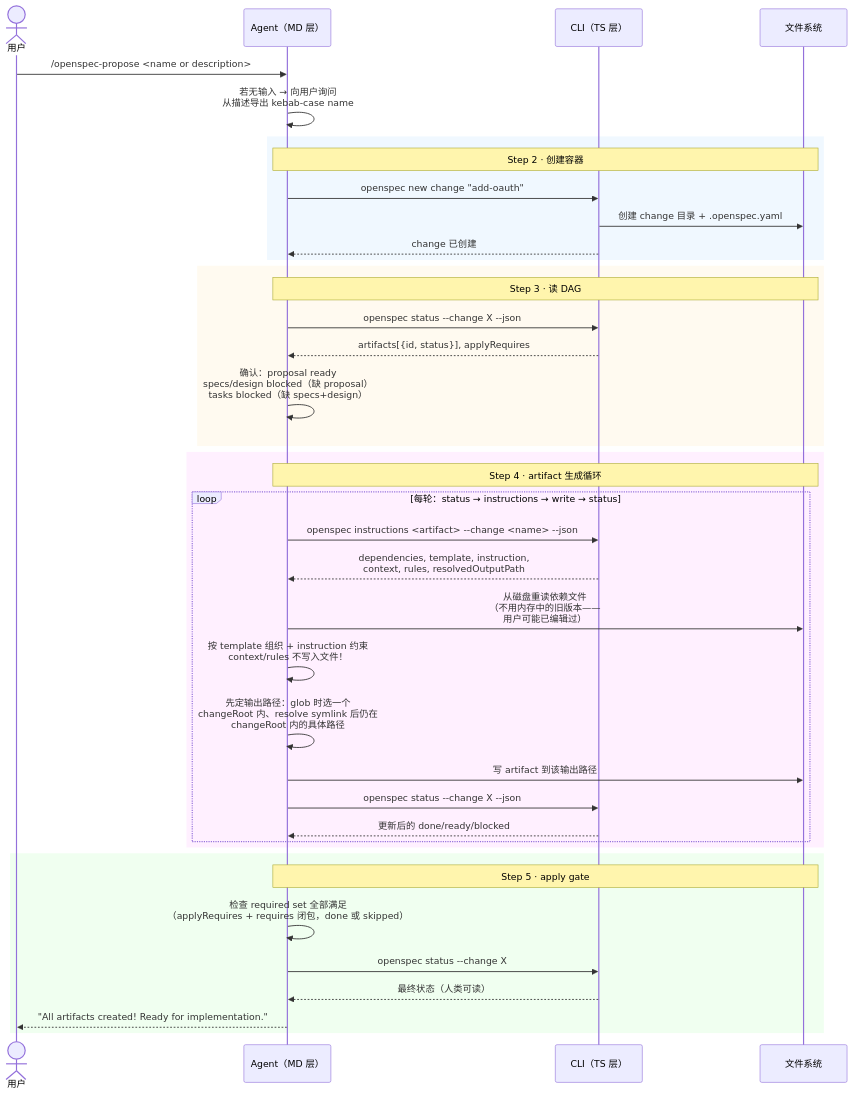
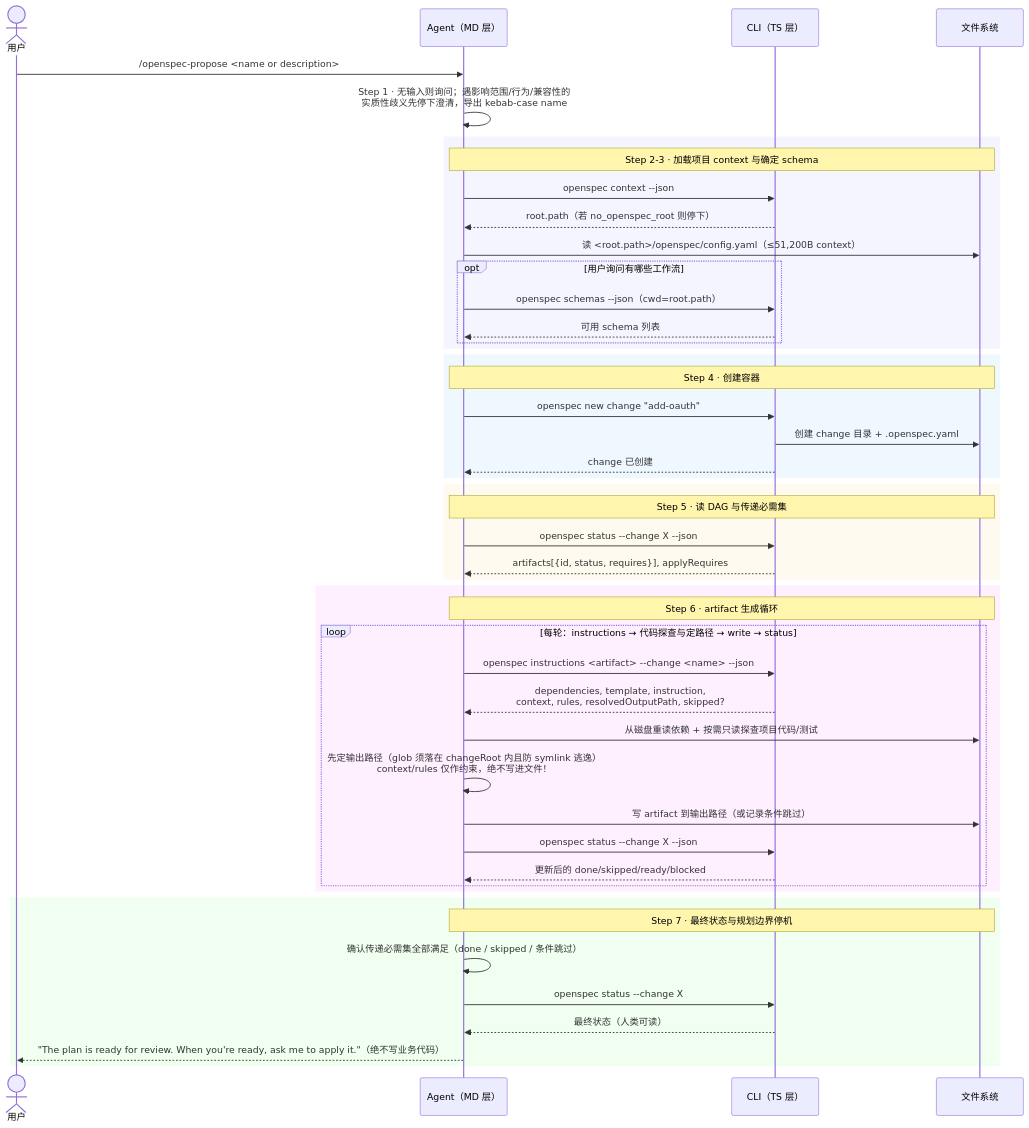
One commit to ethan-jiang-3/OpenSpec changed the diagram in _digested/workflows/02-propose.md. Above: the diagram before and after it, drawn with Mermaid. The commit also changed other lines of this file and 190 other files, not shown here.

````diff
--- a/_digested/workflows/02-propose.md
+++ b/_digested/workflows/02-propose.md
@@ -40,46 +43,55 @@
 ```mermaid
 sequenceDiagram
     actor User as 用户
     participant MD as Agent（MD 层）
     participant TS as CLI（TS 层）
     participant FS as 文件系统
 
     User->>MD: /openspec-propose <name or description>
-    MD->>MD: 若无输入 → 向用户询问<br/>从描述导出 kebab-case name
+    MD->>MD: Step 1 · 无输入则询问；遇影响范围/行为/兼容性的<br/>实质性歧义先停下澄清，导出 kebab-case name
+
+    rect rgb(245, 245, 255)
+        Note over MD,FS: Step 2-3 · 加载项目 context 与确定 schema
+        MD->>TS: openspec context --json
+        TS-->>MD: root.path（若 no_openspec_root 则停下）
+        MD->>FS: 读 <root.path>/openspec/config.yaml（≤51,200B context）
+        opt 用户询问有哪些工作流
+            MD->>TS: openspec schemas --json（cwd=root.path）
+            TS-->>MD: 可用 schema 列表
+        end
+    end
 
     rect rgb(240, 248, 255)
-        Note over MD,FS: Step 2 · 创建容器
+        Note over MD,FS: Step 4 · 创建容器
         MD->>TS: openspec new change "add-oauth"
         TS->>FS: 创建 change 目录 + .openspec.yaml
         TS-->>MD: change 已创建
     end
 
     rect rgb(255, 250, 240)
-        Note over MD,FS: Step 3 · 读 DAG
+        Note over MD,FS: Step 5 · 读 DAG 与传递必需集
         MD->>TS: openspec status --change X --json
-        TS-->>MD: artifacts[{id, status}], applyRequires
-        MD->>MD: 确认：proposal ready<br/>specs/design blocked（缺 proposal）<br/>tasks blocked（缺 specs+design）
+        TS-->>MD: artifacts[{id, status, requires}], applyRequires
     end
 
     rect rgb(255, 240, 255)
-        Note over MD,FS: Step 4 · artifact 生成循环
-        loop 每轮：status → instructions → write → status
+        Note over MD,FS: Step 6 · artifact 生成循环
+        loop 每轮：instructions → 代码探查与定路径 → write → status
             MD->>TS: openspec instructions <artifact> --change <name> --json
-            TS-->>MD: dependencies, template, instruction,<br/>context, rules, resolvedOutputPath
-            MD->>FS: 从磁盘重读依赖文件<br/>（不用内存中的旧版本——<br/>用户可能已编辑过）
-            MD->>MD: 按 template 组织 + instruction 约束<br/>context/rules 不写入文件！
-            MD->>MD: 先定输出路径：glob 时选一个<br/>changeRoot 内、resolve symlink 后仍在<br/>changeRoot 内的具体路径
-            MD->>FS: 写 artifact 到该输出路径
+            TS-->>MD: dependencies, template, instruction,<br/>context, rules, resolvedOutputPath, skipped?
+            MD->>FS: 从磁盘重读依赖 + 按需只读探查项目代码/测试
+            MD->>MD: 先定输出路径（glob 须落在 changeRoot 内且防 symlink 逃逸）<br/>context/rules 仅作约束，绝不写进文件！
+            MD->>FS: 写 artifact 到输出路径（或记录条件跳过）
             MD->>TS: openspec status --change X --json
-            TS-->>MD: 更新后的 done/ready/blocked
+            TS-->>MD: 更新后的 done/skipped/ready/blocked
         end
     end
 
     rect rgb(240, 255, 240)
-        Note over MD,FS: Step 5 · apply gate
-        MD->>MD: 检查 required set 全部满足<br/>（applyRequires + requires 闭包，done 或 skipped）
+        Note over MD,FS: Step 7 · 最终状态与规划边界停机
+        MD->>MD: 确认传递必需集全部满足（done / skipped / 条件跳过）
         MD->>TS: openspec status --change X
         TS-->>MD: 最终状态（人类可读）
-        MD-->>User: "All artifacts created! Ready for implementation."
+        MD-->>User: "The plan is ready for review. When you're ready, ask me to apply it."（绝不写业务代码）
     end
 ```
````
